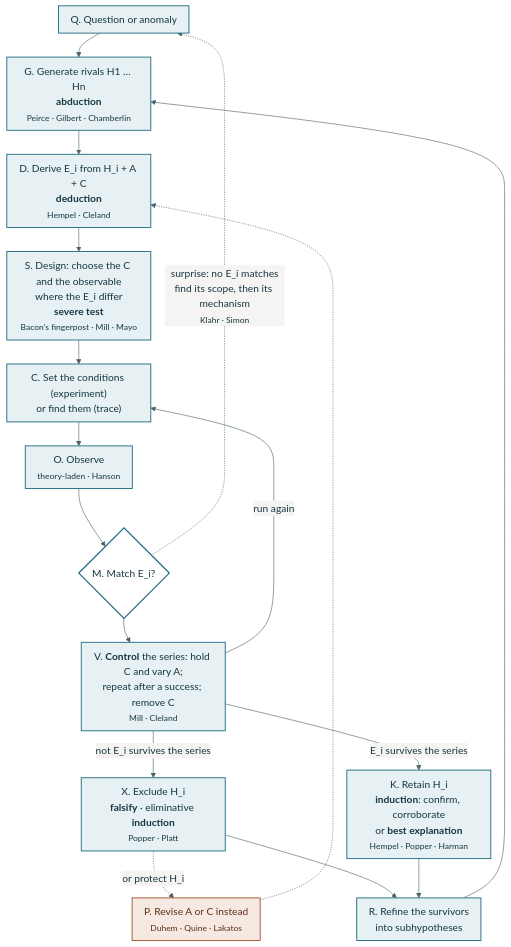
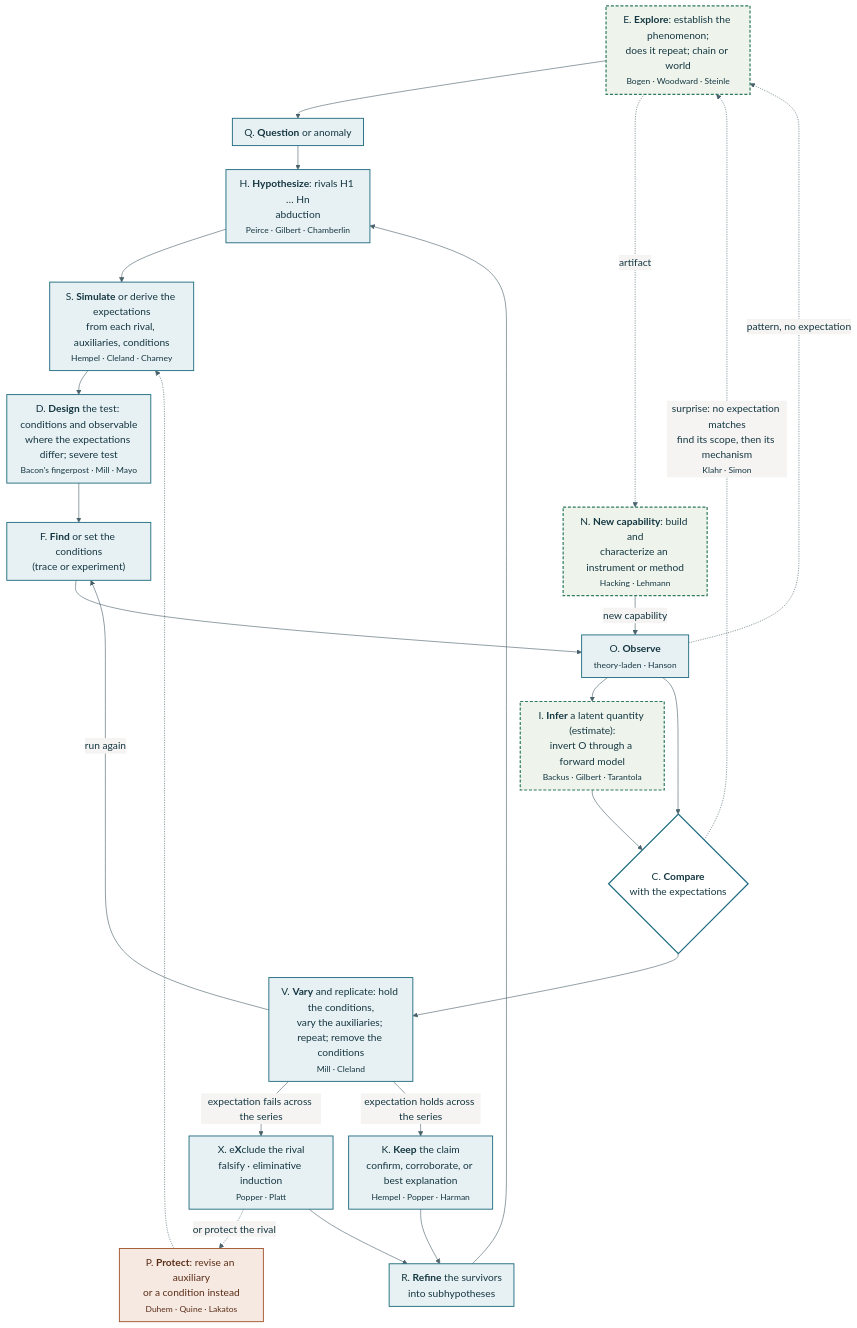
One commit to Denolle-Lab/metascience-and-AI changed the diagram in unit.qmd. Above: the diagram before and after it, drawn with Mermaid. The commit also changed other lines of this file and 14 other files, not shown here.

First line of the commit message:
Graph v0.4.2 vocabulary and controller v0.5.1

````diff
--- a/unit.qmd
+++ b/unit.qmd
@@ -136,29 +138,37 @@
 ```{mermaid}
 %%| label: fig-unit
-%%| fig-cap: "The unit of inquiry as a workflow. Solid arrows are one pass; V is the control series Cleland says is the real unit of experimental work, and its loop back to C is where most laboratory time goes; the dashed arrow from X is the Duhem escape, revising an auxiliary or a condition instead of the hypothesis; the dashed arrow from M is surprise, an outcome no rival predicted, which sends the search back to establish the new phenomenon and reframe the question. Node letters are used in the tables below and in every meeting's ledger row."
+%%| fig-cap: "The unit of inquiry as a workflow, graph v0.4.2 (drafted). Each node's letter is the first letter of its word. Solid arrows are one pass; V is the control series Cleland says is the real unit of experimental work, and its loop back to F is where most laboratory time goes; the dashed arrow from X is the Duhem escape, protecting the rival by revising an auxiliary or a condition; the dashed arrow from C is surprise, an outcome no rival predicted, which sends the search to E to establish the new phenomenon before the question is reframed. Dashed boxes are proposed in v0.4: E explores to establish a phenomenon, N creates a new capability, I infers a latent quantity. The table below maps each node to the modes it serves."
 %%{init: {"theme": "base", "themeVariables": {"fontSize": "17px", "fontFamily": "Source Serif 4, Georgia, serif", "primaryColor": "#e7f0f2", "primaryBorderColor": "#1c6a7f", "primaryTextColor": "#153742", "lineColor": "#49616a", "secondaryColor": "#ffffff", "tertiaryColor": "#f5f4f2", "edgeLabelBackground": "#f5f4f2"}, "flowchart": {"htmlLabels": true, "nodeSpacing": 26, "rankSpacing": 40, "curve": "basis", "padding": 10}}}%%
 flowchart TD
-    Q["Q. Question or anomaly"] --> G["G. Generate rivals H1 … Hn<br/><b>abduction</b><br/><small>Peirce · Gilbert · Chamberlin</small>"]
-    G --> D["D. Derive E_i from H_i + A + C<br/><b>deduction</b><br/><small>Hempel · Cleland</small>"]
-    D --> S["S. Design: choose the C and the observable<br/>where the E_i differ<br/><b>severe test</b><br/><small>Bacon's fingerpost · Mill · Mayo</small>"]
-    S --> C["C. Set the conditions (experiment)<br/>or find them (trace)"]
-    C --> O["O. Observe<br/><small>theory-laden · Hanson</small>"]
-    O --> M{"M. Match E_i?"}
-    M --> V["V. <b>Control</b> the series: hold C and vary A;<br/>repeat after a success; remove C<br/><small>Mill · Cleland</small>"]
-    M -. "surprise: no E_i matches<br/>find its scope, then its mechanism<br/><small>Klahr · Simon</small>" .-> Q
-    V -- "run again" --> C
-    V -- "not E_i survives the series" --> X["X. Exclude H_i<br/><b>falsify</b> · eliminative <b>induction</b><br/><small>Popper · Platt</small>"]
-    V -- "E_i survives the series" --> K["K. Retain H_i<br/><b>induction</b>: confirm, corroborate<br/>or <b>best explanation</b><br/><small>Hempel · Popper · Harman</small>"]
-    X -. "or protect H_i" .-> P["P. Revise A or C instead<br/><small>Duhem · Quine · Lakatos</small>"]
-    P -.-> D
-    X --> R["R. Refine the survivors<br/>into subhypotheses"]
+    E["E. <b>Explore</b>: establish the phenomenon;<br/>does it repeat; chain or world<br/><small>Bogen · Woodward · Steinle</small>"] --> Q
+    Q["Q. <b>Question</b> or anomaly"] --> H["H. <b>Hypothesize</b>: rivals H1 … Hn<br/>abduction<br/><small>Peirce · Gilbert · Chamberlin</small>"]
+    H --> S["S. <b>Simulate</b> or derive the expectations<br/>from each rival, auxiliaries, conditions<br/><small>Hempel · Cleland · Charney</small>"]
+    S --> D["D. <b>Design</b> the test: conditions and observable<br/>where the expectations differ; severe test<br/><small>Bacon's fingerpost · Mill · Mayo</small>"]
+    D --> F["F. <b>Find</b> or set the conditions<br/>(trace or experiment)"]
+    F --> O["O. <b>Observe</b><br/><small>theory-laden · Hanson</small>"]
+    O --> I["I. <b>Infer</b> a latent quantity (estimate):<br/>invert O through a forward model<br/><small>Backus · Gilbert · Tarantola</small>"]
+    O --> C{"C. <b>Compare</b><br/>with the expectations"}
+    I --> C
+    O -. "pattern, no expectation" .-> E
+    C --> V["V. <b>Vary</b> and replicate: hold the conditions,<br/>vary the auxiliaries; repeat; remove the conditions<br/><small>Mill · Cleland</small>"]
+    C -. "surprise: no expectation matches<br/>find its scope, then its mechanism<br/><small>Klahr · Simon</small>" .-> E
+    V -- "run again" --> F
+    V -- "expectation fails across the series" --> X["X. e<b>X</b>clude the rival<br/>falsify · eliminative induction<br/><small>Popper · Platt</small>"]
+    V -- "expectation holds across the series" --> K["K. <b>Keep</b> the claim<br/>confirm, corroborate, or best explanation<br/><small>Hempel · Popper · Harman</small>"]
+    X -. "or protect the rival" .-> P["P. <b>Protect</b>: revise an auxiliary<br/>or a condition instead<br/><small>Duhem · Quine · Lakatos</small>"]
+    P -.-> S
+    X --> R["R. <b>Refine</b> the survivors<br/>into subhypotheses"]
     K --> R
-    R --> G
+    R --> H
+    N["N. <b>New capability</b>: build and<br/>characterize an instrument or method<br/><small>Hacking · Lehmann</small>"] -- "new capability" --> O
+    E -. "artifact" .-> N
 
     classDef step fill:#e7f0f2,stroke:#1c6a7f,stroke-width:1.5px,color:#153742;
     classDef branch fill:#ffffff,stroke:#1c6a7f,stroke-width:2px,color:#153742;
     classDef escape fill:#f6e9e2,stroke:#a1512b,stroke-width:1.5px,color:#5a2e17;
-    class Q,G,D,S,C,O,V,X,K,R step;
-    class M branch;
+    classDef proposed fill:#eef4ec,stroke:#2e7a5c,stroke-width:2px,stroke-dasharray:5 3,color:#153742;
+    class Q,H,S,D,F,O,V,X,K,R step;
+    class C branch;
     class P escape;
+    class N,E,I proposed;
 ```
````
